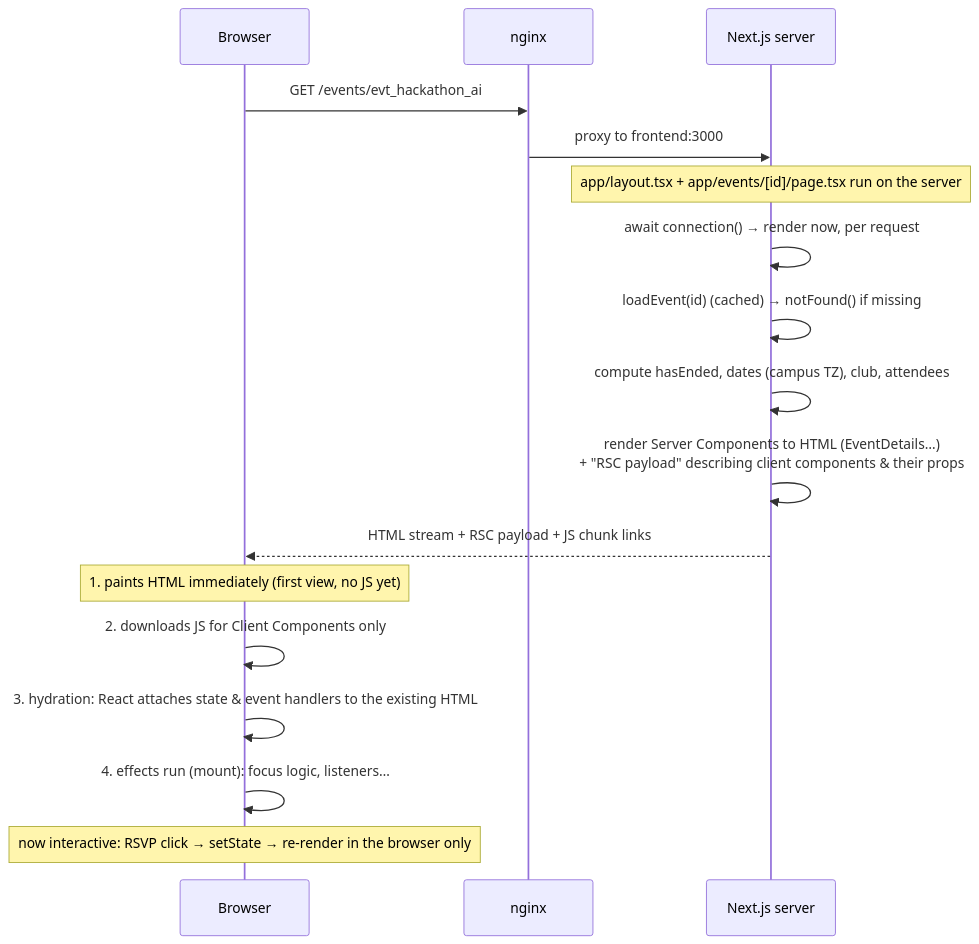
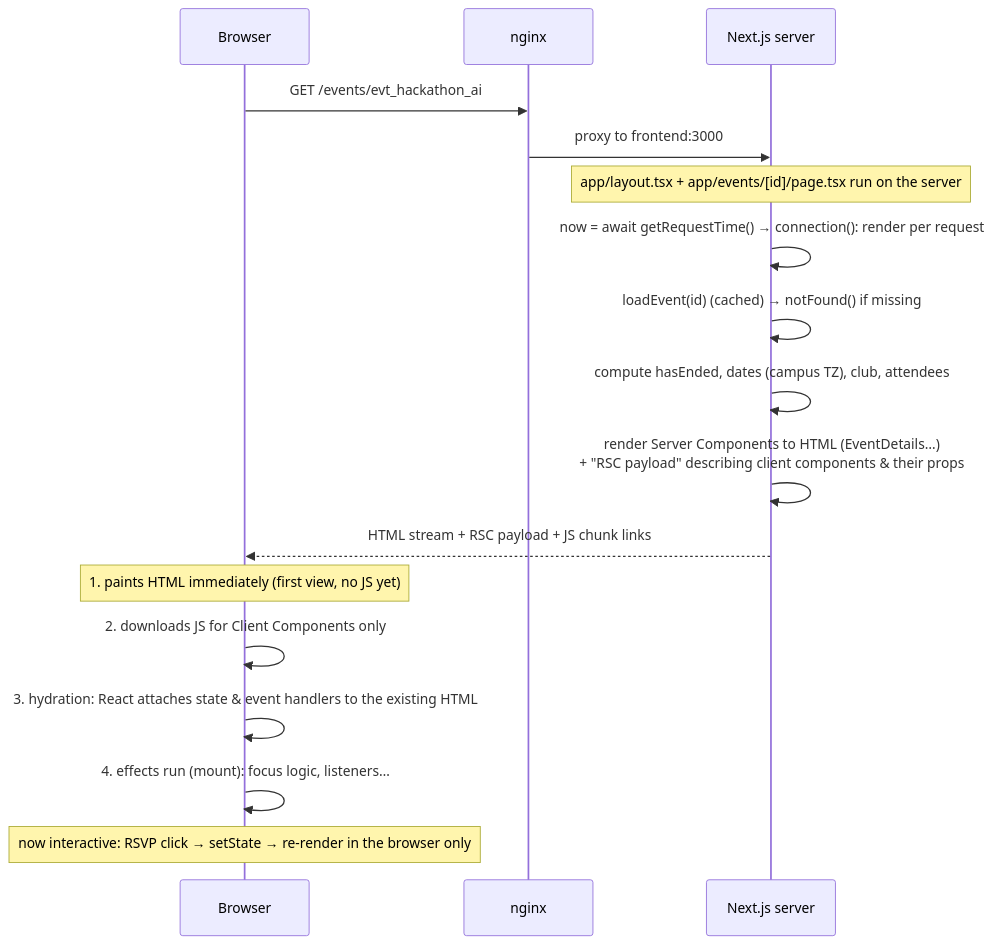
One commit to ayoubouahidi/campus_plus changed the third of 4 diagrams in frontend/ARCHITECTURE.md. Above: the diagram before and after it, drawn with Mermaid. The commit also changed other lines of this file and 8 other files, not shown here.

First line of the commit message:
refactor(frontend): getRequestTime() for per-request "now" (lint step L.1)

````diff
--- a/frontend/ARCHITECTURE.md
+++ b/frontend/ARCHITECTURE.md
@@ -269,19 +269,19 @@
 ```mermaid
 sequenceDiagram
   participant B as Browser
   participant N as nginx
   participant S as Next.js server
   B->>N: GET /events/evt_hackathon_ai
   N->>S: proxy to frontend:3000
   Note over S: app/layout.tsx + app/events/[id]/page.tsx run on the server
-  S->>S: await connection()  → render now, per request
+  S->>S: now = await getRequestTime()  → connection(): render per request
   S->>S: loadEvent(id) (cached) → notFound() if missing
   S->>S: compute hasEnded, dates (campus TZ), club, attendees
   S->>S: render Server Components to HTML (EventDetails…)<br/>+ "RSC payload" describing client components & their props
   S-->>B: HTML stream + RSC payload + JS chunk links
   Note over B: 1. paints HTML immediately (first view, no JS yet)
   B->>B: 2. downloads JS for Client Components only
   B->>B: 3. hydration: React attaches state & event handlers to the existing HTML
   B->>B: 4. effects run (mount): focus logic, listeners…
   Note over B: now interactive: RSVP click → setState → re-render in the browser only
 ```
````
